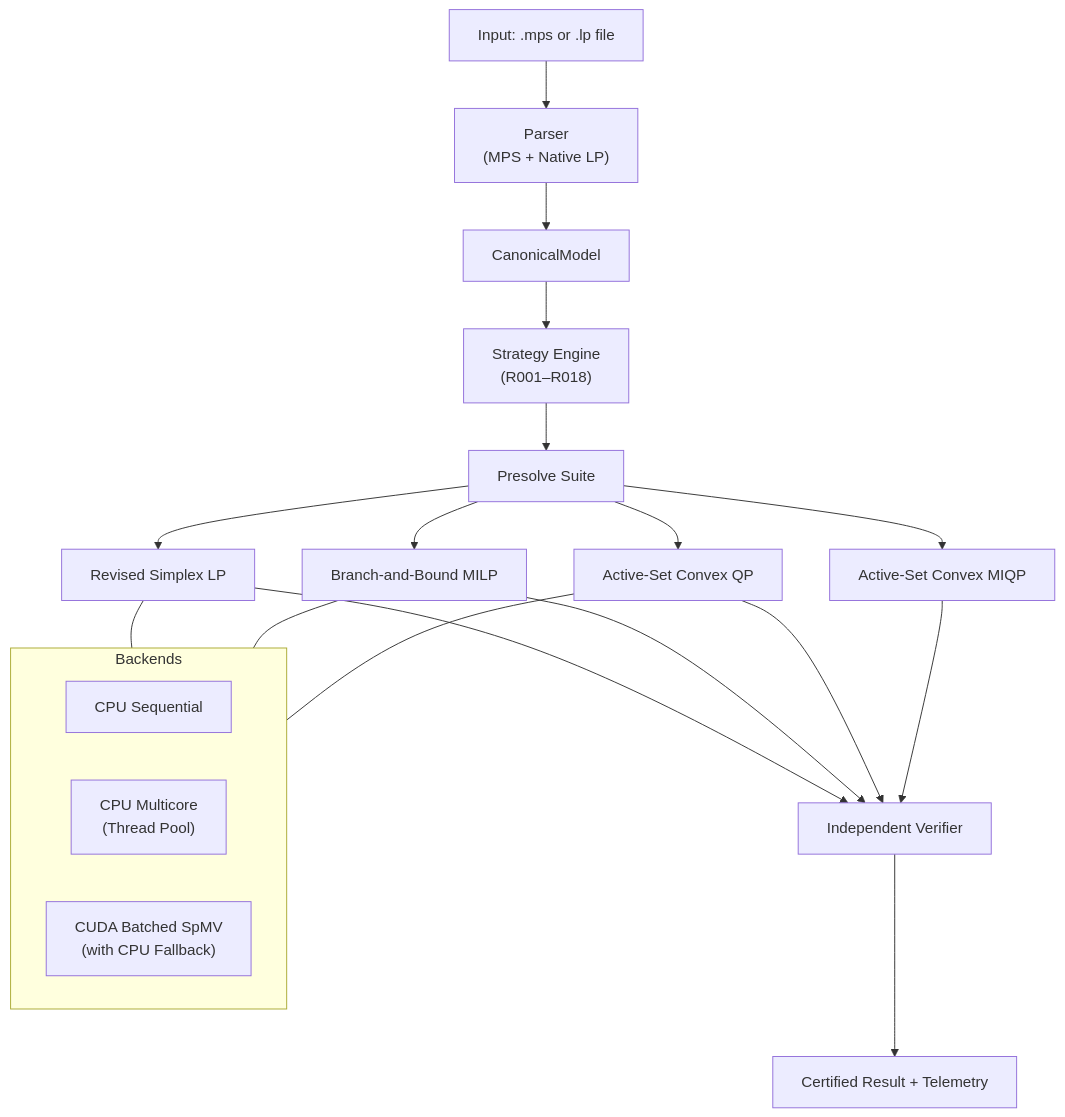
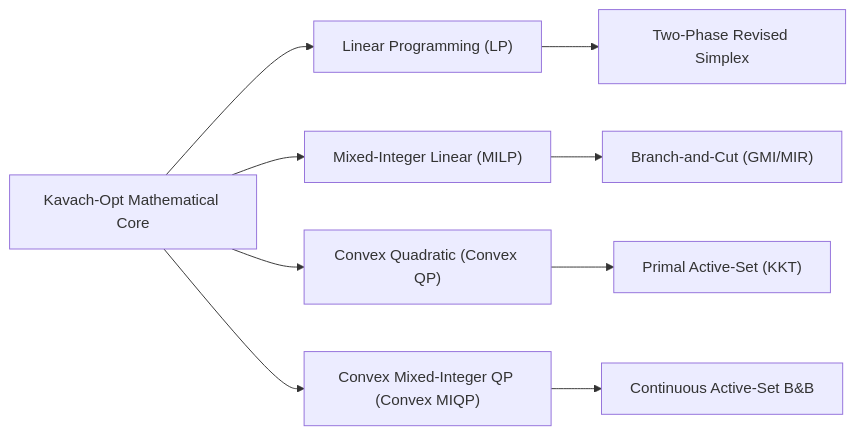
One commit to madhavansingh/Kavach-opt changed the second of 21 diagrams in README.md. Above: the diagram before and after it, drawn with Mermaid. The commit also changed other lines of this file and 38 other files, not shown here.

````diff
--- a/README.md
+++ b/README.md
@@ -89,26 +124,12 @@
 ```mermaid
-flowchart TD
-    A["Input: .mps or .lp file"] --> B["Parser\n(MPS + Native LP)"]
-    B --> C["CanonicalModel"]
-    C --> D["Strategy Engine\n(R001–R018)"]
-    D --> E["Presolve Suite"]
-    E --> F1["Revised Simplex LP"]
-    E --> F2["Branch-and-Bound MILP"]
-    E --> F3["Active-Set Convex QP"]
-    E --> F4["Active-Set Convex MIQP"]
-    F1 --> G["Independent Verifier"]
-    F2 --> G
-    F3 --> G
-    F4 --> G
-    G --> H["Certified Result + Telemetry"]
+flowchart LR
+    OPT["Kavach-Opt Mathematical Core"] --> LP["Linear Programming (LP)"]
+    OPT --> MILP["Mixed-Integer Linear (MILP)"]
+    OPT --> QP["Convex Quadratic (Convex QP)"]
+    OPT --> MIQP["Convex Mixed-Integer QP (Convex MIQP)"]
 
-    subgraph Backends
-        I["CPU Sequential"]
-        J["CPU Multicore\n(Thread Pool)"]
-        K["CUDA Batched SpMV\n(with CPU Fallback)"]
-    end
-
-    F1 --- Backends
-    F2 --- Backends
-    F3 --- Backends
+    LP --> LPS["Two-Phase Revised Simplex"]
+    MILP --> MILPS["Branch-and-Cut (GMI/MIR)"]
+    QP --> QPS["Primal Active-Set (KKT)"]
+    MIQP --> MIQPS["Continuous Active-Set B&B"]
 ```
````
